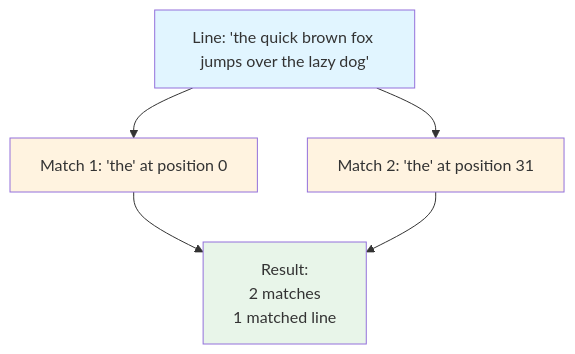
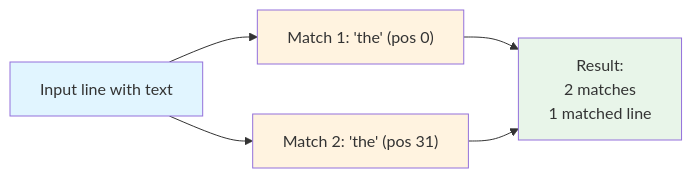
One commit to iepathos/ripgrep changed the second of 4 diagrams in docs/statistics.md. Above: the diagram before and after it, drawn with Mermaid. The commit also changed 5 other files, not shown here.

First line of the commit message:
fix: improve Mermaid diagram readability and connectivity

````diff
--- a/docs/statistics.md
+++ b/docs/statistics.md
@@ -133,16 +133,16 @@
 ```mermaid
-graph TD
-    Line["Line: 'the quick brown fox jumps over the lazy dog'"]
-    Line --> Match1["Match 1: 'the' at position 0"]
-    Line --> Match2["Match 2: 'the' at position 31"]
+graph LR
+    Line["Input line with text"]
+    Line --> Match1["Match 1: 'the' (pos 0)"]
+    Line --> Match2["Match 2: 'the' (pos 31)"]
 
     Match1 --> Result["Result:
 2 matches
 1 matched line"]
     Match2 --> Result
 
     style Line fill:#e1f5ff
     style Match1 fill:#fff3e0
     style Match2 fill:#fff3e0
     style Result fill:#e8f5e9
 ```
````
